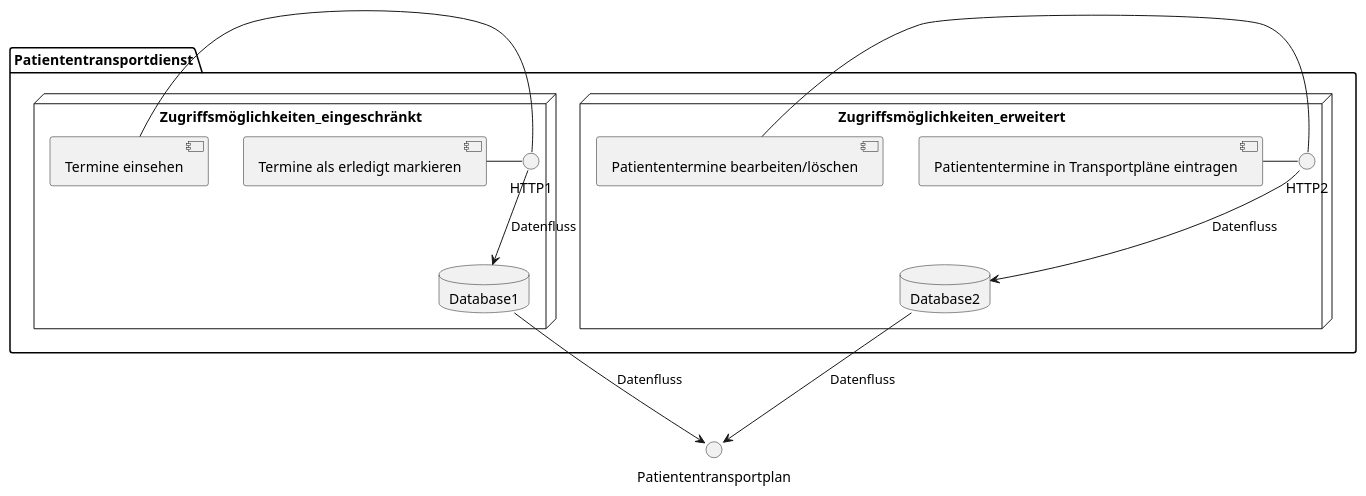
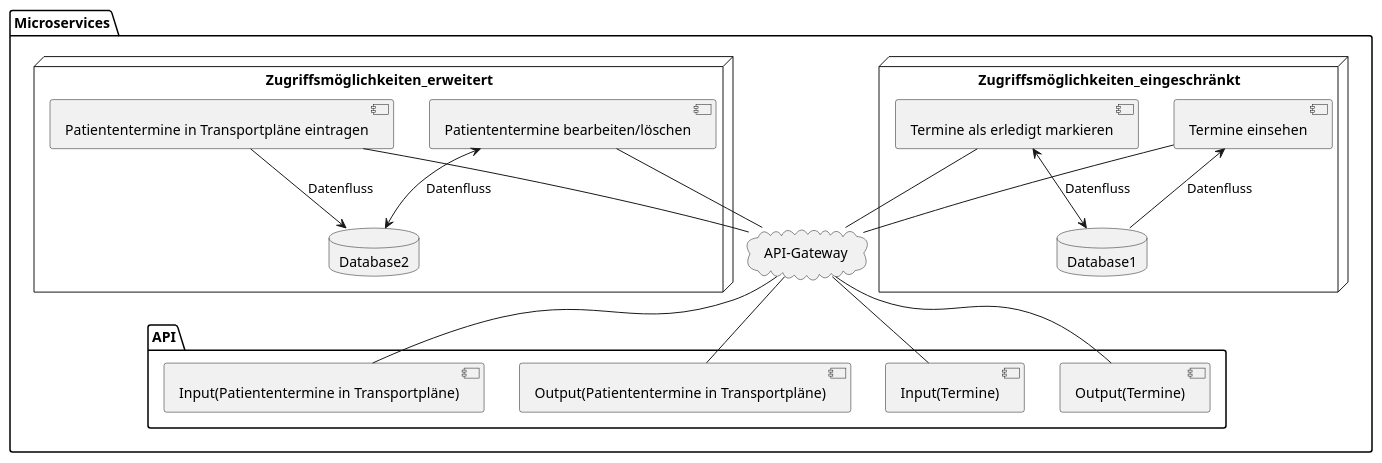
One commit to fh-erfurt/ss23-kba-project changed the third of 6 diagrams in docs/5_systemarchitectur/Systemarchitectur.md. Above: the diagram before and after it, drawn with PlantUML.

````diff
--- a/docs/5_systemarchitectur/Systemarchitectur.md
+++ b/docs/5_systemarchitectur/Systemarchitectur.md
@@ -194,28 +194,45 @@
 ```plantuml Microservices
 
 @startuml
-package "Patiententransportdienst" {
+package "Microservices" {
 
    node "Zugriffsmöglichkeiten_eingeschränkt" {
-    [Termine als erledigt markieren] - HTTP1
-    [Termine einsehen] - HTTP1
+    [Termine als erledigt markieren]
+    [Termine einsehen]
     database "Database1"{
-      HTTP1 --> Database1 : Datenfluss
+      [Termine einsehen] <-- Database1 : Datenfluss
+      [Termine als erledigt markieren] <--> Database1 : Datenfluss
     }
   }
 
   node "Zugriffsmöglichkeiten_erweitert"{
-    [Patiententermine in Transportpläne eintragen] - HTTP2
-    [Patiententermine bearbeiten/löschen] - HTTP2
+    [Patiententermine in Transportpläne eintragen]
+    [Patiententermine bearbeiten/löschen]
     database "Database2"{
-      HTTP2 --> Database2 : Datenfluss
+      [Patiententermine in Transportpläne eintragen] --> Database2 : Datenfluss
+      [Patiententermine bearbeiten/löschen] <--> Database2 : Datenfluss
     }
+  }
+
+cloud "API-Gateway"
+
+  package "API"{
+    [Input(Patiententermine in Transportpläne)]
+    [Output(Patiententermine in Transportpläne)]
+    [Input(Termine)]
+    [Output(Termine)]
   }
 }
 
+[Termine einsehen] -down- "API-Gateway"
+[Termine als erledigt markieren] -down- "API-Gateway"
+[Patiententermine in Transportpläne eintragen] -down- "API-Gateway"
+[Patiententermine bearbeiten/löschen] -down- "API-Gateway"
 
-Patiententransportplan <-up- Database1 : Datenfluss
-Patiententransportplan <-up- Database2 : Datenfluss
+"API-Gateway" -- [Input(Patiententermine in Transportpläne)]
+"API-Gateway" -- [Input(Termine)]
+"API-Gateway" -- [Output(Termine)]
+"API-Gateway" -- [Output(Patiententermine in Transportpläne)]
 
 @enduml
 ```
````
